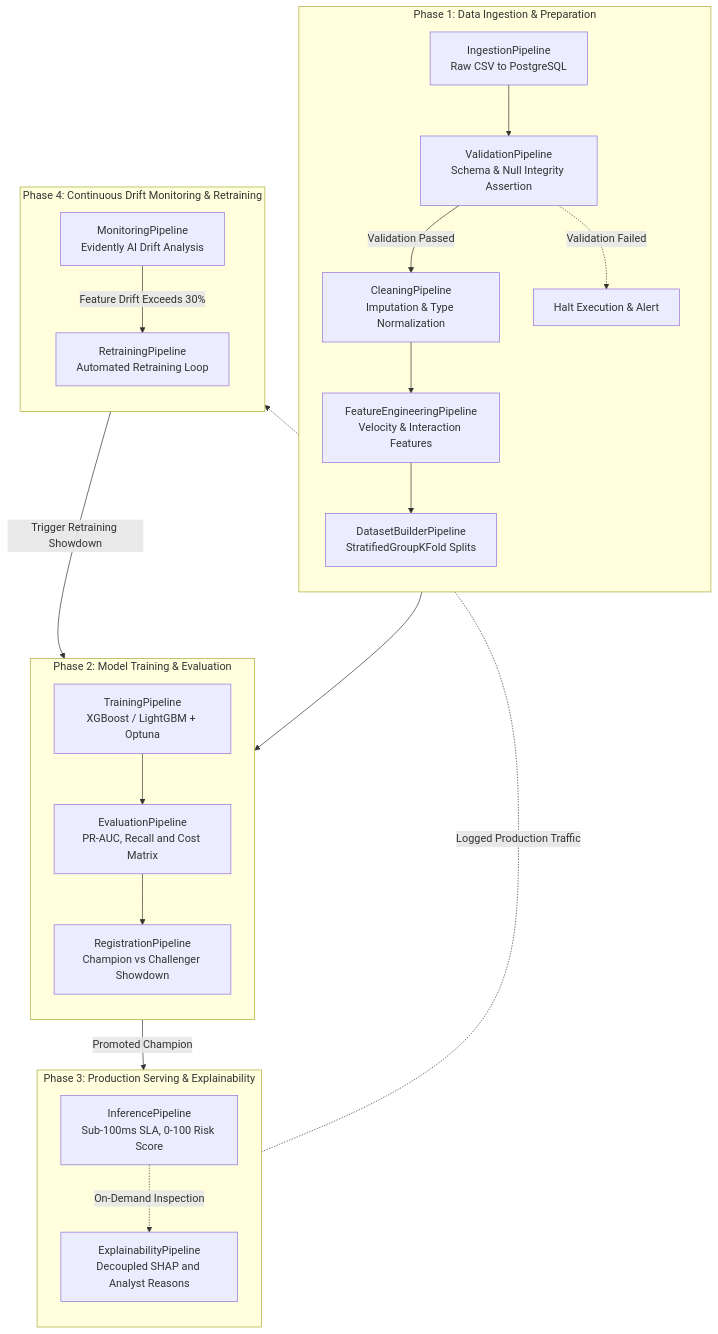
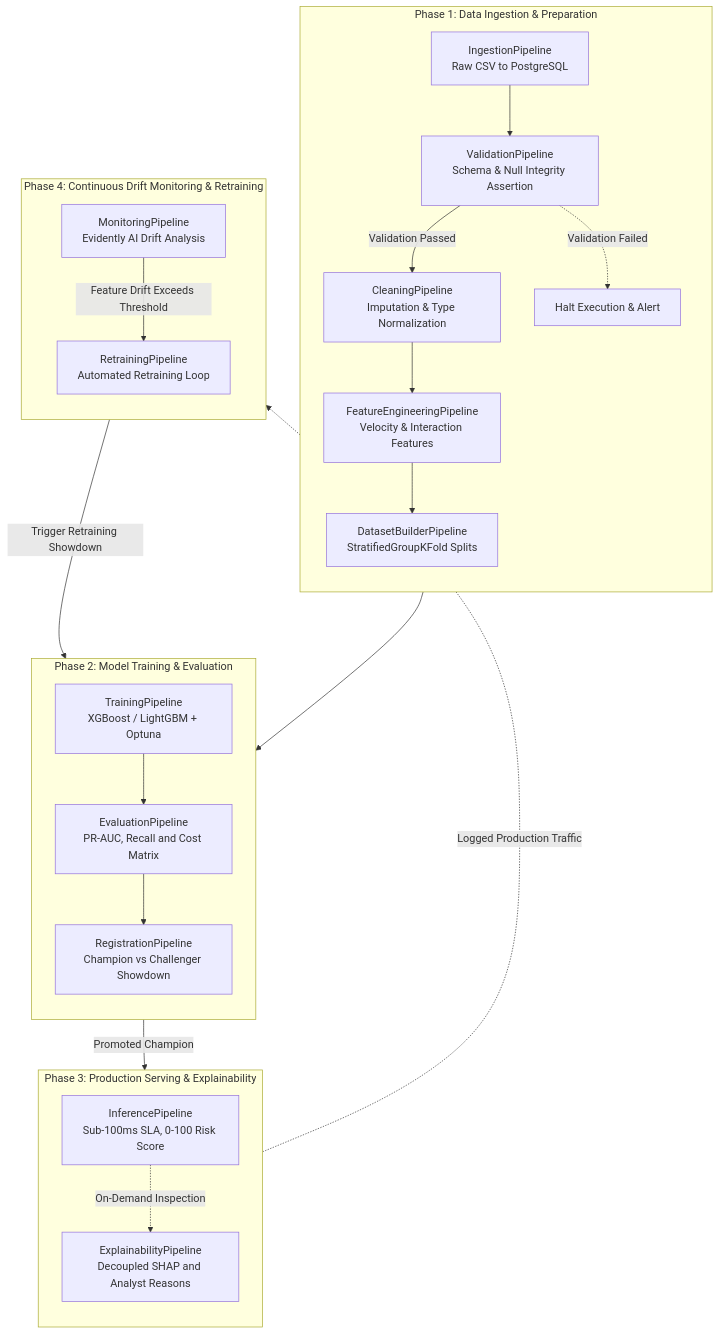
The third of 3 diagrams in README.md (abhi24112/Financial_Risk_Intelligence_Engine_MLOps), drawn with Mermaid before and after one commit. The commit also changed other lines of this file and 37 other files, not shown here.

````diff
--- a/README.md
+++ b/README.md
@@ -126,47 +197,47 @@
 ```mermaid
 flowchart TD
     subgraph Stage1 ["Phase 1: Data Ingestion & Preparation"]
         direction TB
         P1["IngestionPipeline<br/>Raw CSV to PostgreSQL"]
         P2["ValidationPipeline<br/>Schema & Null Integrity Assertion"]
         P3["CleaningPipeline<br/>Imputation & Type Normalization"]
         P4["FeatureEngineeringPipeline<br/>Velocity & Interaction Features"]
         P5["DatasetBuilderPipeline<br/>StratifiedGroupKFold Splits"]
 
         P1 --> P2
         P2 -->|Validation Passed| P3
         P2 -.->|Validation Failed| STOP["Halt Execution & Alert"]
         P3 --> P4
         P4 --> P5
     end
 
     subgraph Stage2 ["Phase 2: Model Training & Evaluation"]
         direction TB
         P6["TrainingPipeline<br/>XGBoost / LightGBM + Optuna"]
         P7["EvaluationPipeline<br/>PR-AUC, Recall and Cost Matrix"]
         P8["RegistrationPipeline<br/>Champion vs Challenger Showdown"]
 
         P6 --> P7 --> P8
     end
 
     subgraph Stage3 ["Phase 3: Production Serving & Explainability"]
         direction TB
         P9["InferencePipeline<br/>Sub-100ms SLA, 0-100 Risk Score"]
         P10["ExplainabilityPipeline<br/>Decoupled SHAP and Analyst Reasons"]
 
         P9 -.->|On-Demand Inspection| P10
     end
 
     subgraph Stage4 ["Phase 4: Continuous Drift Monitoring & Retraining"]
         direction TB
         P11["MonitoringPipeline<br/>Evidently AI Drift Analysis"]
         P12["RetrainingPipeline<br/>Automated Retraining Loop"]
 
-        P11 -->|Feature Drift Exceeds 30%| P12
+        P11 -->|Feature Drift Exceeds Threshold| P12
     end
 
     P5 --> P6
     P8 -->|Promoted Champion| P9
     P9 -.->|Logged Production Traffic| P11
     P12 -->|Trigger Retraining Showdown| P6
 ```
````
